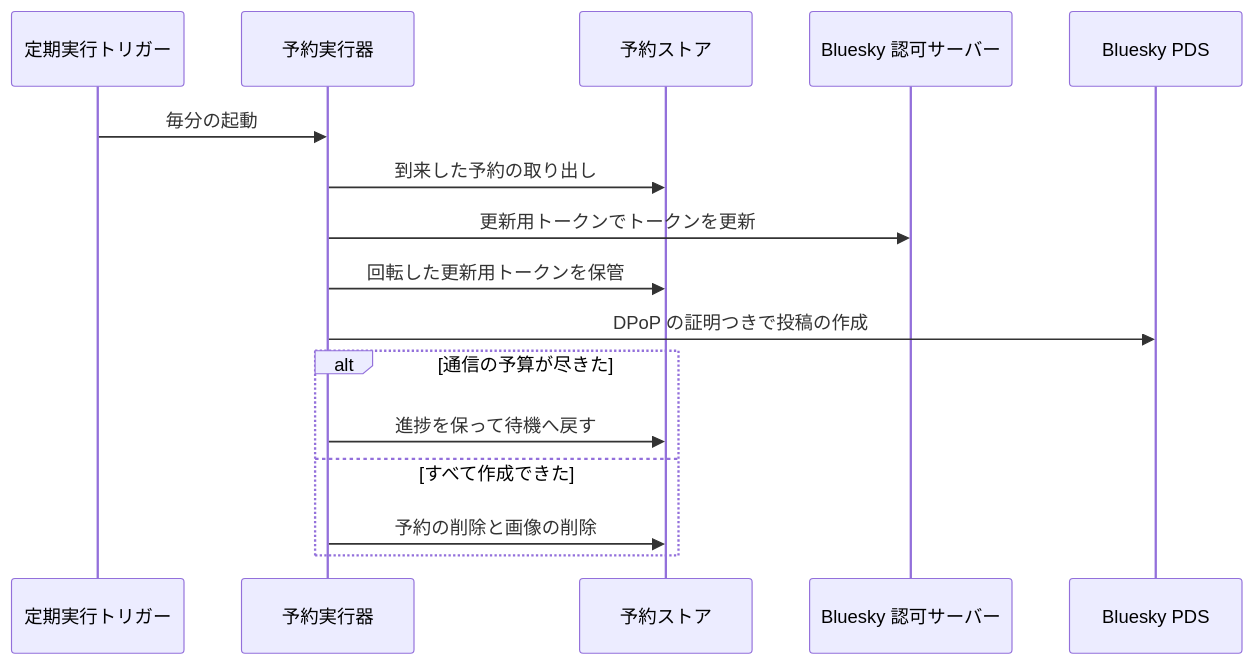
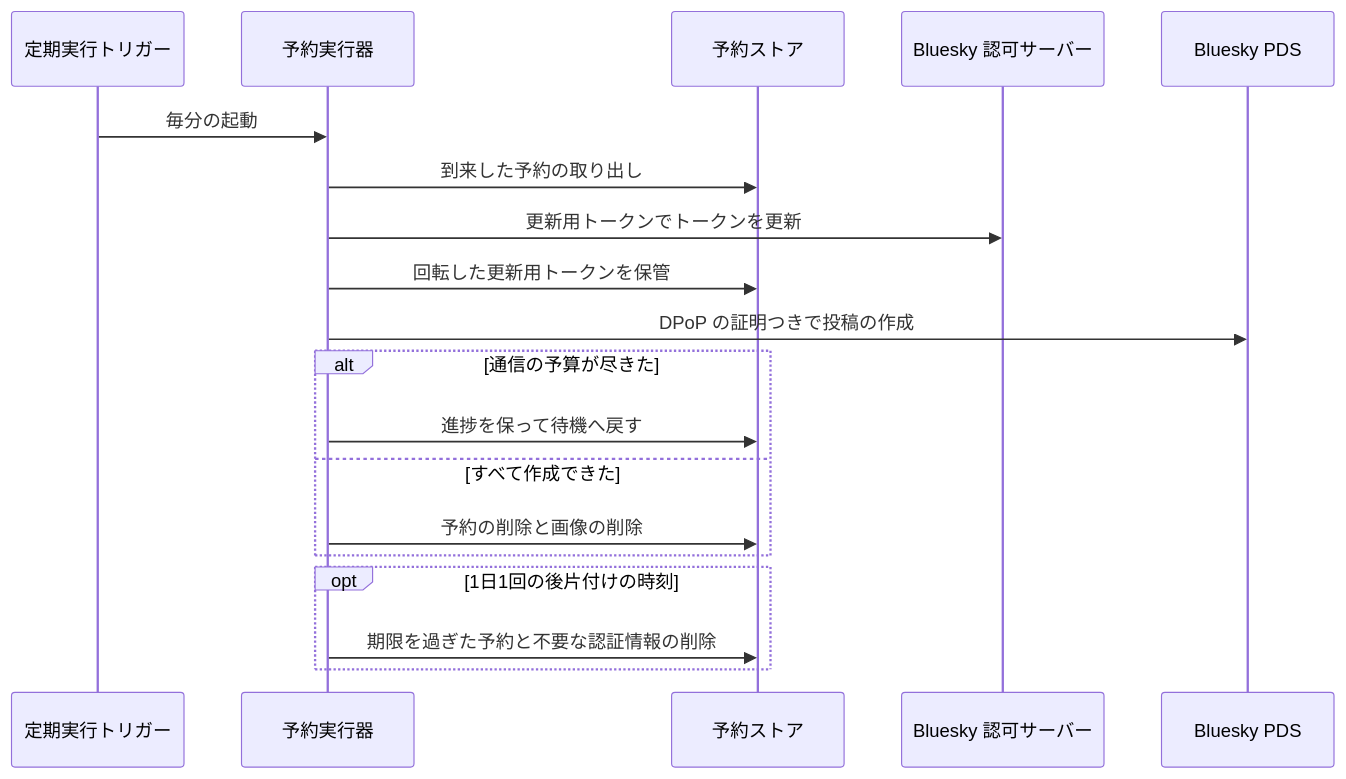
One commit to nekono-dev/skyshare changed the seventh of 7 diagrams in docs/architecture/scheduled-post.md. Above: the diagram before and after it, drawn with Mermaid. The commit also changed other lines of this file and 36 other files, not shown here.

````diff
--- a/docs/architecture/scheduled-post.md
+++ b/docs/architecture/scheduled-post.md
@@ -163,18 +189,21 @@
 ```mermaid
 sequenceDiagram
   participant ext_cron as 定期実行トリガー
   participant runner as 予約実行器
   participant store as 予約ストア
   participant ext_auth as Bluesky 認可サーバー
   participant ext_pds as Bluesky PDS
   ext_cron->>runner: 毎分の起動
   runner->>store: 到来した予約の取り出し
   runner->>ext_auth: 更新用トークンでトークンを更新
   runner->>store: 回転した更新用トークンを保管
   runner->>ext_pds: DPoP の証明つきで投稿の作成
   alt 通信の予算が尽きた
     runner->>store: 進捗を保って待機へ戻す
   else すべて作成できた
     runner->>store: 予約の削除と画像の削除
   end
+  opt 1日1回の後片付けの時刻
+    runner->>store: 期限を過ぎた予約と不要な認証情報の削除
+  end
 ```
````
